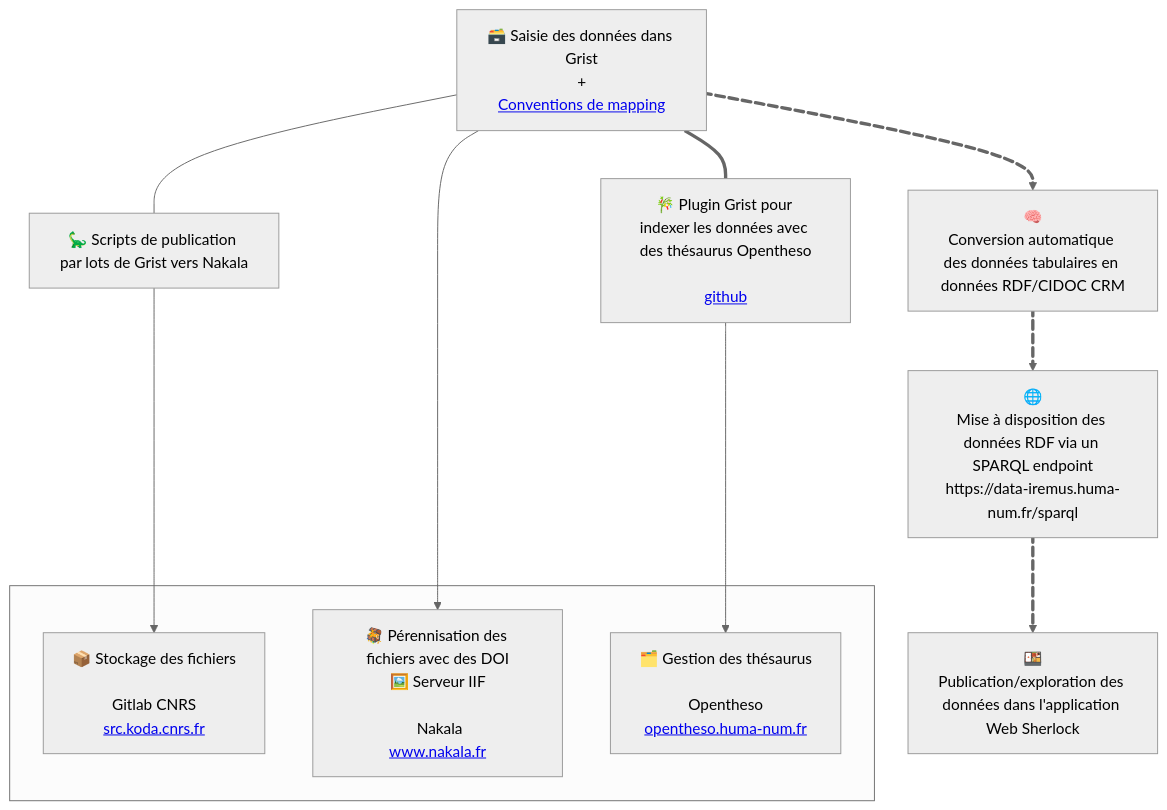
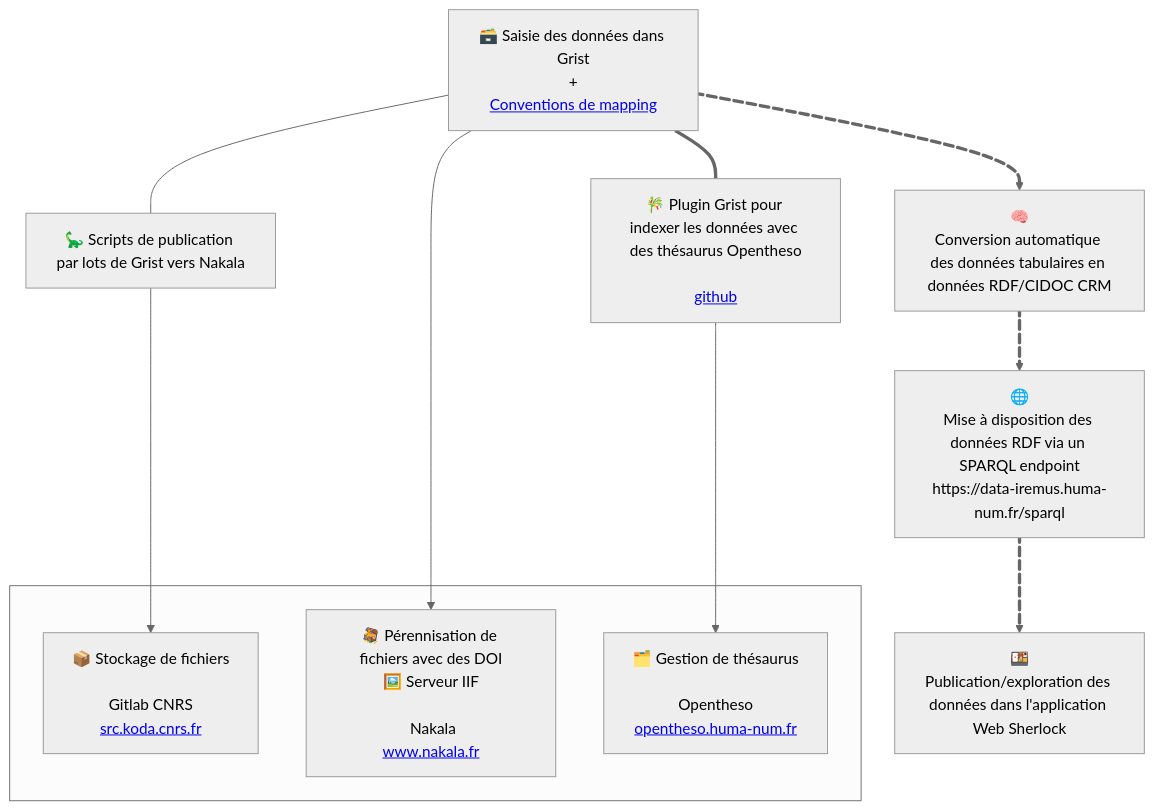
Before and after one commit to sherlock-iremus/sherlock: the diagram in README.md, drawn with Mermaid (neutral theme).

````diff
--- a/README.md
+++ b/README.md
@@ -48,29 +48,29 @@
 ```mermaid
     flowchart TB
     
     subgraph  
-    koda[📦 Stockage des fichiers<br><br>Gitlab CNRS<br><a href="https://src.koda.cnrs.fr/">src.koda.cnrs.fr</a>]
-    nakala[🪎 Pérennisation des fichiers avec des DOI<br>🖼️ Serveur IIF<br><br> Nakala<br><a href="https://www.nakala.fr/">www.nakala.fr</a>]
-    hnot[🗂️ Gestion des thésaurus<br><br>Opentheso<br><a href="https://opentheso.huma-num.fr/">opentheso.huma-num.fr</a>]
+    koda[📦 Stockage de fichiers<br><br>Gitlab CNRS<br><a href="https://src.koda.cnrs.fr/">src.koda.cnrs.fr</a>]
+    nakala[🪎 Pérennisation de fichiers avec des DOI<br>🖼️ Serveur IIF<br><br> Nakala<br><a href="https://www.nakala.fr/">www.nakala.fr</a>]
+    hnot[🗂️ Gestion de thésaurus<br><br>Opentheso<br><a href="https://opentheso.huma-num.fr/">opentheso.huma-num.fr</a>]
     end
     
     grist[🗃️ Saisie des données dans Grist<br>+<br><a href="https://github.com/sherlock-iremus/sherlock-grist-to-crm/blob/main/doc/mapping.md">Conventions de mapping</a>]
     scripts[🧠<br>Conversion automatique des données tabulaires en données RDF/CIDOC CRM]
     sparql[🌐<br>Mise à disposition des données RDF via un SPARQL endpoint<br>https://data-iremus.huma-num.fr/sparql]
     sherlock[🍱<br>Publication/exploration des données dans l'application Web Sherlock]
     gop[🎋 Plugin Grist pour indexer les données avec des thésaurus Opentheso<br><br><a href="https://github.com/sherlock-iremus/sherlock-grist-opentheso-plugin">github</a>]
     sdnakala[🦕 Scripts de publication par lots de Grist vers Nakala]
 
     grist e1@==> scripts
     scripts e2@==> sparql
     sparql e3@==> sherlock
 
 
 e1@{ animate: true }
     e2@{ animate: true }
     e3@{ animate: true }
     
     grist --- sdnakala--->koda
     grist===gop--->hnot
     grist--->nakala
 ```
````
